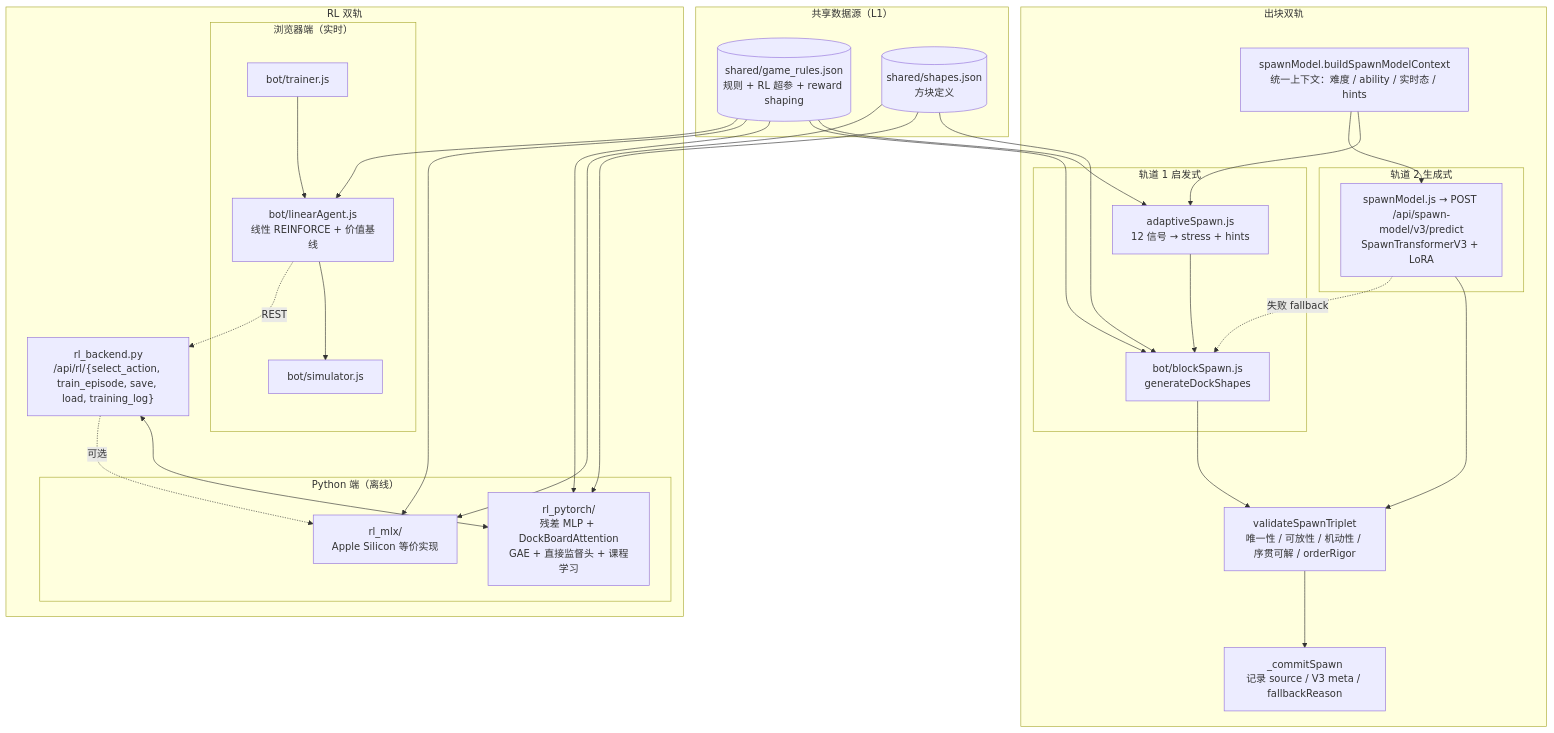
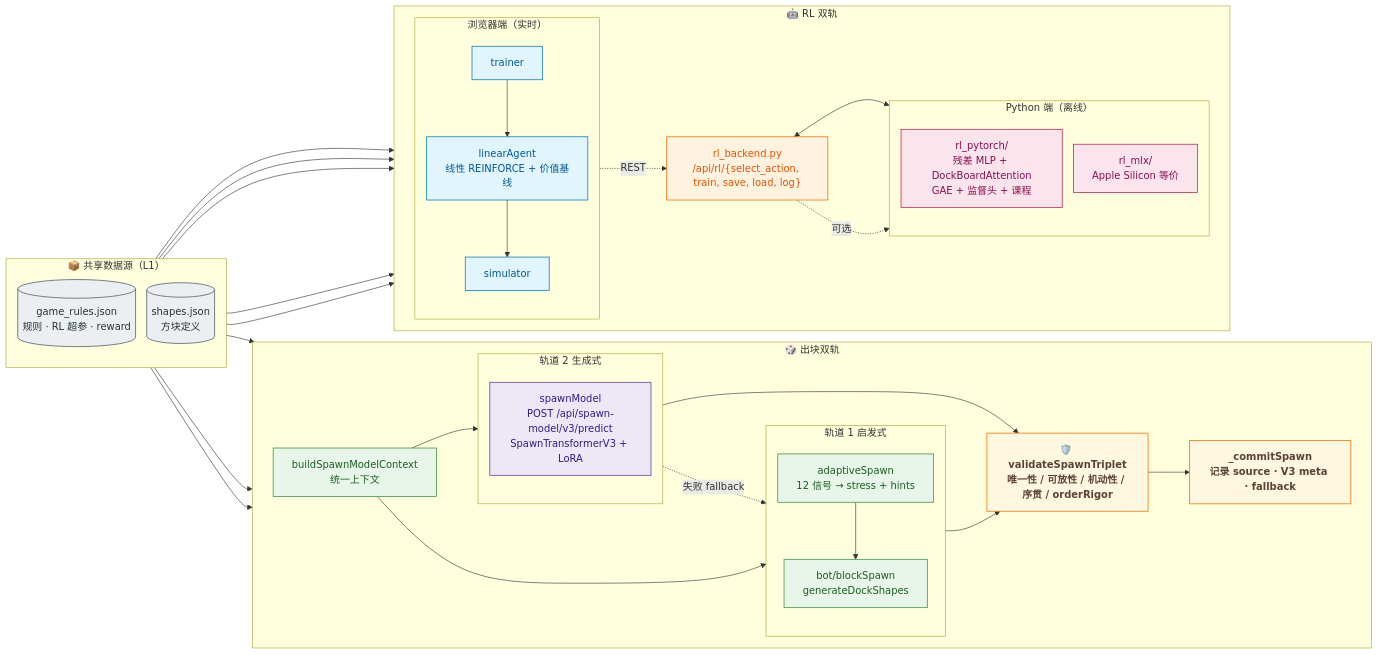
One commit to btbujiangjun/openblock changed the seventh of 11 diagrams in docs/architecture/SYSTEM_ARCHITECTURE_DIAGRAMS.md. Above: the diagram before and after it, drawn with Mermaid. The commit also changed other lines of this file and 21 other files, not shown here.

First line of the commit message:
feat(docs,portal): 文档门户全栈升级 — 三视图架构图 + 全部紧凑化重写 + 渲染工具链

````diff
--- a/docs/architecture/SYSTEM_ARCHITECTURE_DIAGRAMS.md
+++ b/docs/architecture/SYSTEM_ARCHITECTURE_DIAGRAMS.md
@@ -256,56 +553,82 @@
 ```mermaid
-flowchart TB
-  subgraph sharedData["共享数据源（L1）"]
-    rulesJson[("shared/game_rules.json<br/>规则 + RL 超参 + reward shaping")]
-    shapesJson[("shared/shapes.json<br/>方块定义")]
+---
+config:
+  flowchart:
+    nodeSpacing: 18
+    rankSpacing: 42
+    htmlLabels: true
+    curve: basis
+---
+flowchart LR
+  classDef data    fill:#eceff1,stroke:#455a64,color:#263238,stroke-width:1.2px
+  classDef heur    fill:#e8f5e9,stroke:#388e3c,color:#1b5e20,stroke-width:1.2px
+  classDef gen     fill:#ede7f6,stroke:#5e35b1,color:#311b92,stroke-width:1.2px
+  classDef gate    fill:#fff8e1,stroke:#f57f17,color:#5d4037,stroke-width:1.4px,font-weight:bold
+  classDef rlBro   fill:#e1f5fe,stroke:#0277bd,color:#01579b,stroke-width:1.2px
+  classDef rlPy    fill:#fce4ec,stroke:#c2185b,color:#880e4f,stroke-width:1.2px
+  classDef rlSvc   fill:#fff3e0,stroke:#ef6c00,color:#e65100,stroke-width:1.2px
+
+  subgraph DATA["📦 共享数据源（L1）"]
+    direction TB
+    rulesJson[("game_rules.json<br/>规则 · RL 超参 · reward")]:::data
+    shapesJson[("shapes.json<br/>方块定义")]:::data
   end
 
-  subgraph spawnDual["出块双轨"]
-    spawnCtx["spawnModel.buildSpawnModelContext<br/>统一上下文：难度 / ability / 实时态 / hints"]
-    subgraph trackHeur["轨道 1 启发式"]
-      adaptive["adaptiveSpawn.js<br/>12 信号 → stress + hints"]
-      blockSpawn["bot/blockSpawn.js<br/>generateDockShapes"]
+  subgraph SPAWN["🎲 出块双轨"]
+    direction LR
+    spawnCtx["buildSpawnModelContext<br/>统一上下文"]:::heur
+    subgraph TH["轨道 1 启发式"]
+      direction TB
+      adaptive["adaptiveSpawn<br/>12 信号 → stress + hints"]:::heur
+      blockSpawn["bot/blockSpawn<br/>generateDockShapes"]:::heur
     end
-    subgraph trackGen["轨道 2 生成式"]
-      v3["spawnModel.js → POST /api/spawn-model/v3/predict<br/>SpawnTransformerV3 + LoRA"]
+    subgraph TG["轨道 2 生成式"]
+      direction TB
+      v3["spawnModel<br/>POST /api/spawn-model/v3/predict<br/>SpawnTransformerV3 + LoRA"]:::gen
     end
-    guard["validateSpawnTriplet<br/>唯一性 / 可放性 / 机动性 / 序贯可解 / orderRigor"]
-    commit["_commitSpawn<br/>记录 source / V3 meta / fallbackReason"]
+    guard["🛡️ validateSpawnTriplet<br/>唯一性 / 可放性 / 机动性 / 序贯 / orderRigor"]:::gate
+    commit["_commitSpawn<br/>记录 source · V3 meta · fallback"]:::gate
   end
 
-  subgraph rlDual["RL 双轨"]
-    subgraph rlBrowser["浏览器端（实时）"]
-      linearAgent["bot/linearAgent.js<br/>线性 REINFORCE + 价值基线"]
-      browserTrainer["bot/trainer.js"]
-      simulator["bot/simulator.js"]
+  subgraph RL["🤖 RL 双轨"]
+    direction LR
+    subgraph RLB["浏览器端（实时）"]
+      direction TB
+      linearAgent["linearAgent<br/>线性 REINFORCE + 价值基线"]:::rlBro
+      browserTrainer["trainer"]:::rlBro
+      simulator["simulator"]:::rlBro
     end
-    subgraph rlPython["Python 端（离线）"]
-      rlPytorch["rl_pytorch/<br/>残差 MLP + DockBoardAttention<br/>GAE + 直接监督头 + 课程学习"]
-      rlMlx["rl_mlx/<br/>Apple Silicon 等价实现"]
+    rlBackendNode["rl_backend.py<br/>/api/rl/{select_action, train, save, load, log}"]:::rlSvc
+    subgraph RLP["Python 端（离线）"]
+      direction TB
+      rlPytorch["rl_pytorch/<br/>残差 MLP + DockBoardAttention<br/>GAE + 监督头 + 课程"]:::rlPy
+      rlMlx["rl_mlx/<br/>Apple Silicon 等价"]:::rlPy
     end
-    rlBackendNode["rl_backend.py<br/>/api/rl/{select_action, train_episode, save, load, training_log}"]
   end
 
+  %% 出块双轨主流程
   spawnCtx --> adaptive
   spawnCtx --> v3
   adaptive --> blockSpawn
   blockSpawn --> guard
   v3 --> guard
-  v3 -.->|失败 fallback| blockSpawn
+  v3 -. 失败 fallback .-> blockSpawn
   guard --> commit
 
+  %% L1 数据源 → 各 consumer
   rulesJson --> adaptive
   rulesJson --> blockSpawn
   rulesJson --> rlPytorch
   rulesJson --> rlMlx
   rulesJson --> linearAgent
   shapesJson --> blockSpawn
   shapesJson --> rlPytorch
   shapesJson --> rlMlx
 
+  %% RL 双轨内部
   browserTrainer --> linearAgent
   linearAgent --> simulator
+  linearAgent -. REST .-> rlBackendNode
   rlBackendNode <--> rlPytorch
-  rlBackendNode -.->|可选| rlMlx
-  linearAgent -.->|REST| rlBackendNode
+  rlBackendNode -. 可选 .-> rlMlx
 ```
````
